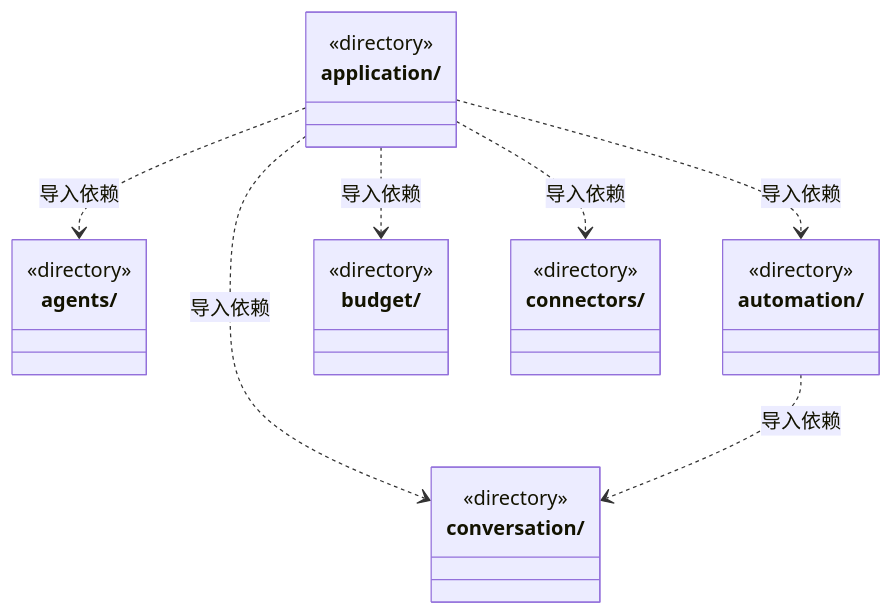
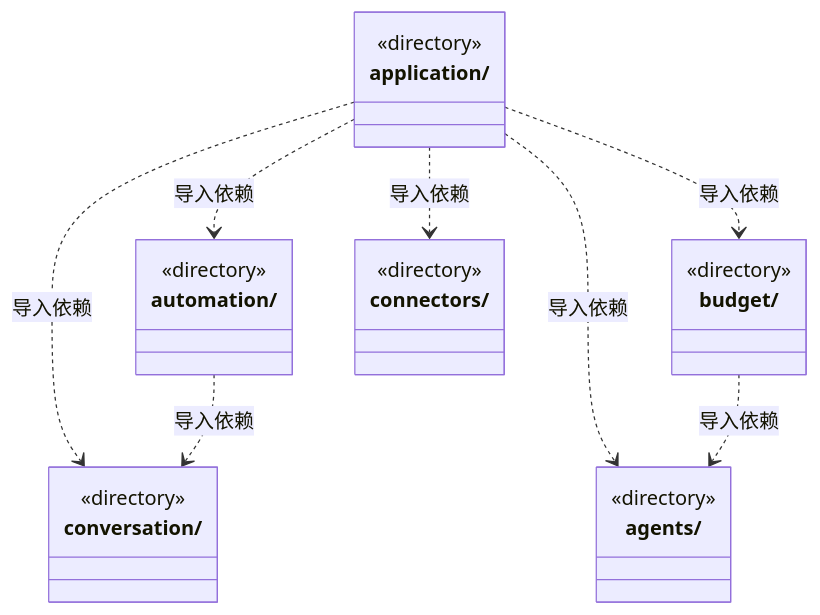
One commit to nan023062/cbim changed the first of 5 diagrams in src/logic/ARCHITECTURE.md. Above: the diagram before and after it, drawn with Mermaid. The commit also changed other lines of this file and 14 other files, not shown here.

````diff
--- a/src/logic/ARCHITECTURE.md
+++ b/src/logic/ARCHITECTURE.md
@@ -15,27 +15,28 @@
 ```mermaid
 classDiagram
 class N_src_logic_agents["agents/"] {
   <<directory>>
 }
 class N_src_logic_application["application/"] {
   <<directory>>
 }
 class N_src_logic_automation["automation/"] {
   <<directory>>
 }
 class N_src_logic_budget["budget/"] {
   <<directory>>
 }
 class N_src_logic_connectors["connectors/"] {
   <<directory>>
 }
 class N_src_logic_conversation["conversation/"] {
   <<directory>>
 }
 N_src_logic_application ..> N_src_logic_automation : 导入依赖
 N_src_logic_application ..> N_src_logic_budget : 导入依赖
 N_src_logic_application ..> N_src_logic_conversation : 导入依赖
 N_src_logic_application ..> N_src_logic_connectors : 导入依赖
 N_src_logic_application ..> N_src_logic_agents : 导入依赖
 N_src_logic_automation ..> N_src_logic_conversation : 导入依赖
+N_src_logic_budget ..> N_src_logic_agents : 导入依赖
 ```
````
